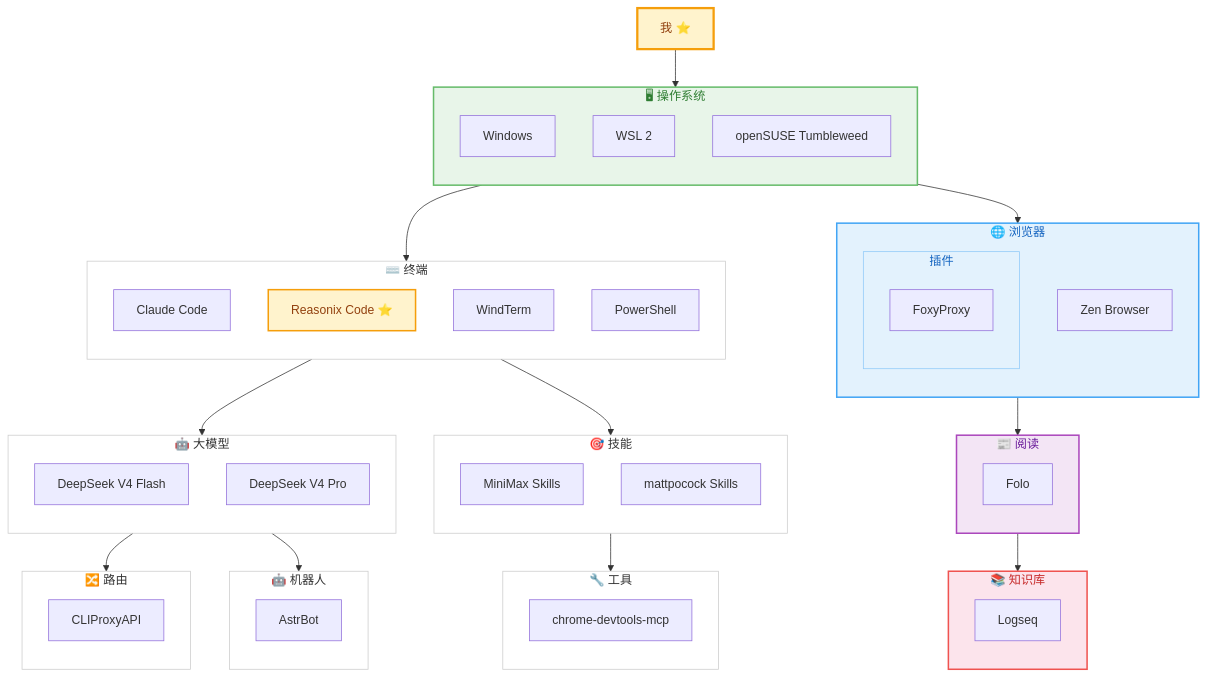
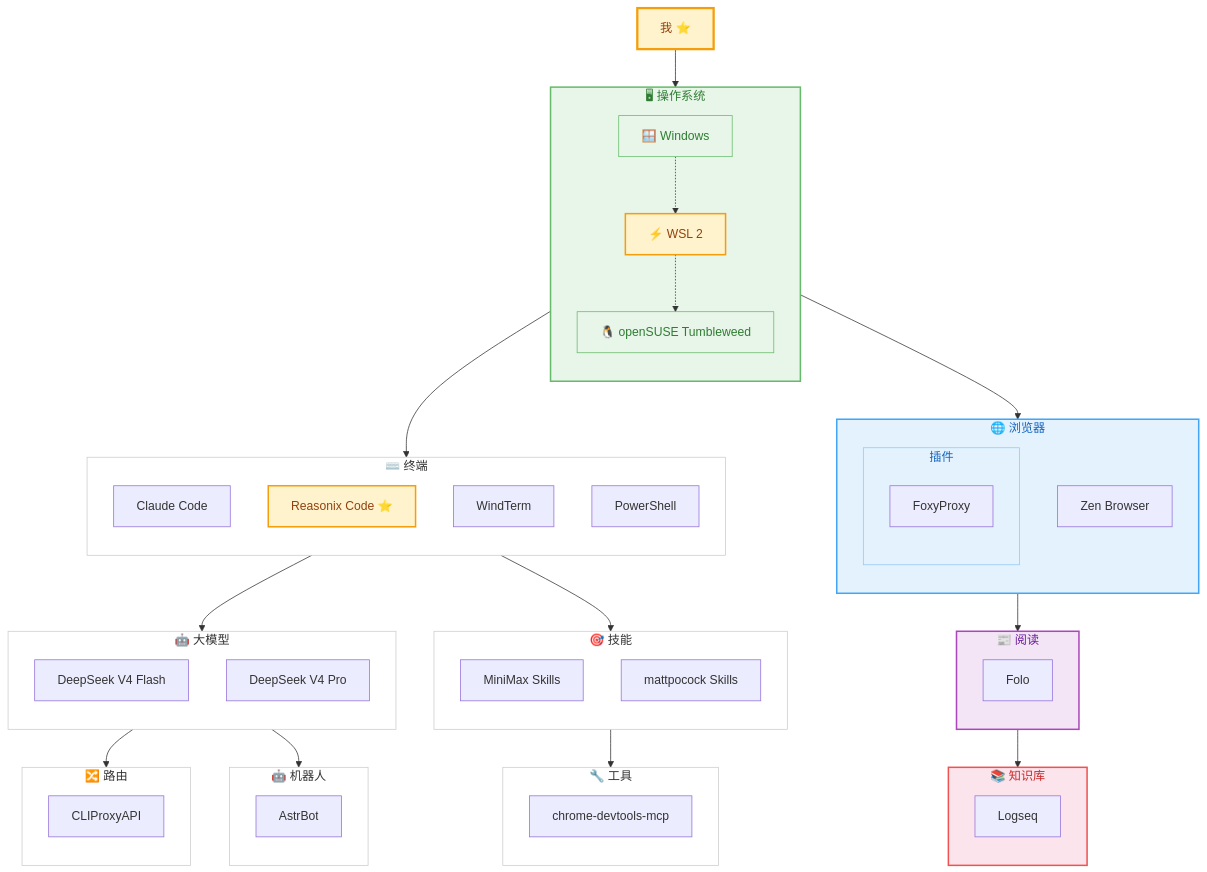
The diagram in README.md (yuanxin518/ai-path), drawn with Mermaid before and after one commit. The commit also changed other lines of this file and 1 other file, not shown here.

Commit message:
fix(ops): WSL2作为独立虚拟化层高亮标记，工具名改为GitHub超链接

```diff
--- a/README.md
+++ b/README.md
@@ -27,10 +27,15 @@
 
     subgraph N00["🖥 操作系统"]
         direction TB
-        WIN["Windows"]
-        WSL2["WSL 2"]
-        SUSE["openSUSE Tumbleweed"]
+        WIN["🪟 Windows"]
+        WSL2["⚡ WSL 2"]
+        SUSE["🐧 openSUSE Tumbleweed"]
+        WIN -.-> WSL2
+        WSL2 -.-> SUSE
     end
+    style WIN fill:#e8f5e9,stroke:#66bb6a,stroke-width:1px,color:#2e7d32
+    style WSL2 fill:#fff3cd,stroke:#f59e0b,stroke-width:2px,color:#92400e
+    style SUSE fill:#e8f5e9,stroke:#66bb6a,stroke-width:1px,color:#2e7d32
     style N00 fill:#e8f5e9,stroke:#66bb6a,stroke-width:2px,color:#2e7d32
 
     subgraph N01["⌨️ 终端"]
```
